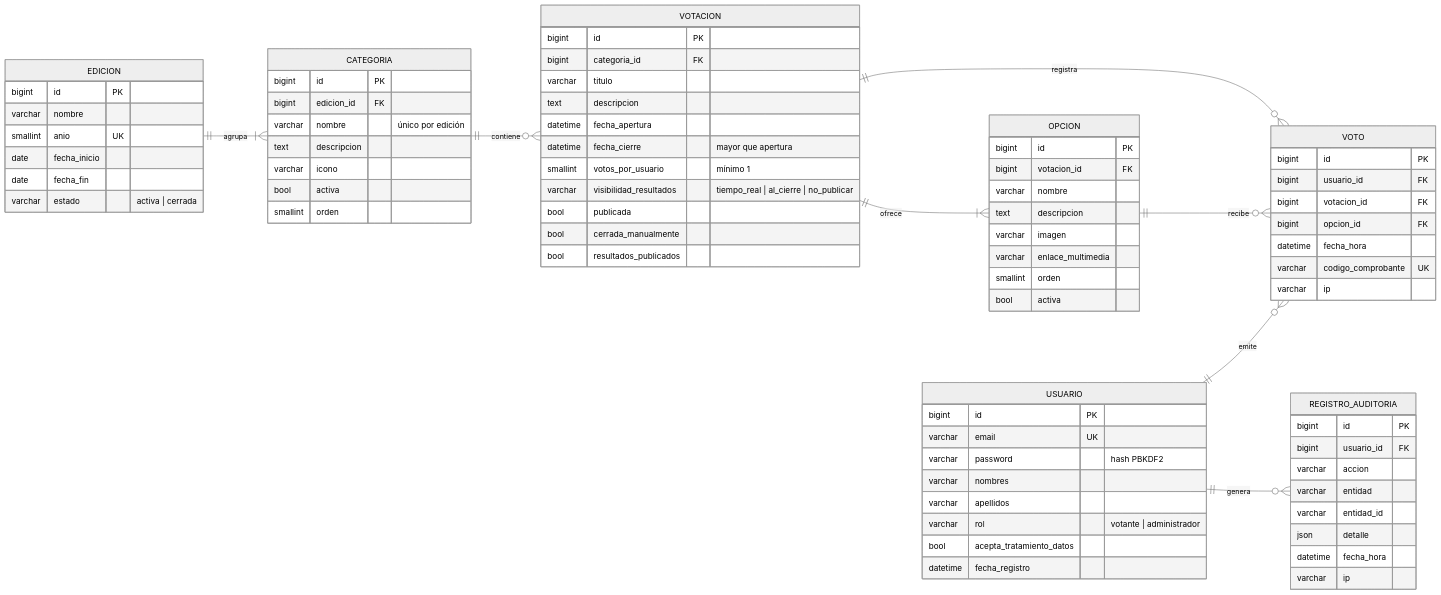
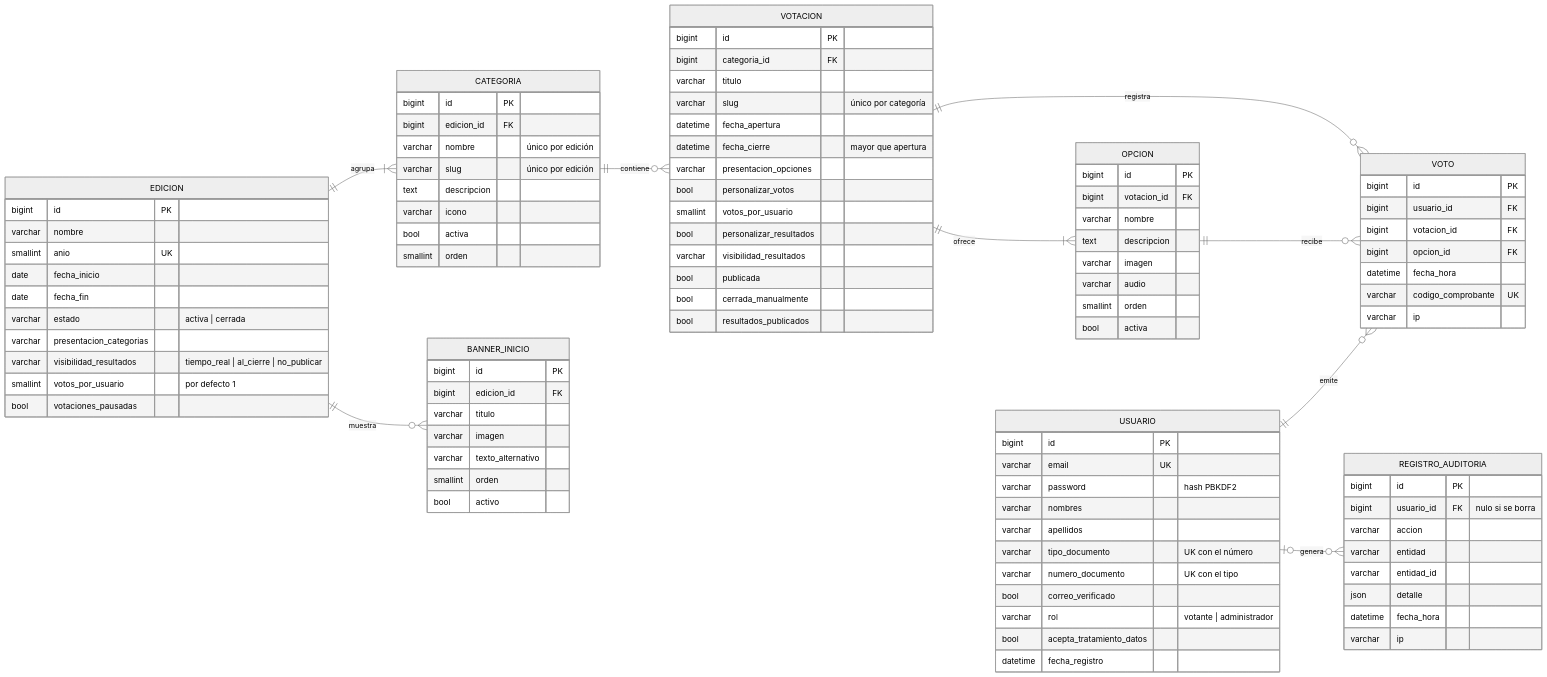
One commit to juandiegows/votaciones-festival-vallenato changed the diagram in docs/api/diagramas/01-modelo-datos.mmd. Above: the diagram before and after it, drawn with Mermaid (neutral theme). The commit also changed 4 other files, not shown here.

```diff
--- a/docs/api/diagramas/01-modelo-datos.mmd
+++ b/docs/api/diagramas/01-modelo-datos.mmd
@@ -1,78 +1,99 @@
 erDiagram
     direction LR
     EDICION ||--|{ CATEGORIA : agrupa
+    EDICION ||--o{ BANNER_INICIO : muestra
     CATEGORIA ||--o{ VOTACION : contiene
     VOTACION ||--|{ OPCION : ofrece
     VOTACION ||--o{ VOTO : registra
     OPCION ||--o{ VOTO : recibe
     USUARIO ||--o{ VOTO : emite
-    USUARIO ||--o{ REGISTRO_AUDITORIA : genera
+    USUARIO |o--o{ REGISTRO_AUDITORIA : genera
     EDICION {
         bigint id PK
         varchar nombre
         smallint anio UK
         date fecha_inicio
         date fecha_fin
         varchar estado "activa | cerrada"
+        varchar presentacion_categorias
+        varchar visibilidad_resultados "tiempo_real | al_cierre | no_publicar"
+        smallint votos_por_usuario "por defecto 1"
+        bool votaciones_pausadas
     }
     CATEGORIA {
         bigint id PK
         bigint edicion_id FK
         varchar nombre "único por edición"
+        varchar slug "único por edición"
         text descripcion
         varchar icono
         bool activa
         smallint orden
     }
     VOTACION {
         bigint id PK
         bigint categoria_id FK
         varchar titulo
-        text descripcion
+        varchar slug "único por categoría"
         datetime fecha_apertura
         datetime fecha_cierre "mayor que apertura"
-        smallint votos_por_usuario "mínimo 1"
-        varchar visibilidad_resultados "tiempo_real | al_cierre | no_publicar"
+        varchar presentacion_opciones
+        bool personalizar_votos
+        smallint votos_por_usuario
+        bool personalizar_resultados
+        varchar visibilidad_resultados
         bool publicada
         bool cerrada_manualmente
         bool resultados_publicados
     }
     OPCION {
         bigint id PK
         bigint votacion_id FK
         varchar nombre
         text descripcion
         varchar imagen
-        varchar enlace_multimedia
+        varchar audio
         smallint orden
         bool activa
     }
     USUARIO {
         bigint id PK
         varchar email UK
         varchar password "hash PBKDF2"
         varchar nombres
         varchar apellidos
+        varchar tipo_documento "UK con el número"
+        varchar numero_documento "UK con el tipo"
+        bool correo_verificado
         varchar rol "votante | administrador"
         bool acepta_tratamiento_datos
         datetime fecha_registro
     }
     VOTO {
         bigint id PK
         bigint usuario_id FK
         bigint votacion_id FK
         bigint opcion_id FK
         datetime fecha_hora
         varchar codigo_comprobante UK
         varchar ip
     }
     REGISTRO_AUDITORIA {
         bigint id PK
-        bigint usuario_id FK
+        bigint usuario_id FK "nulo si se borra"
         varchar accion
         varchar entidad
         varchar entidad_id
         json detalle
         datetime fecha_hora
         varchar ip
     }
+    BANNER_INICIO {
+        bigint id PK
+        bigint edicion_id FK
+        varchar titulo
+        varchar imagen
+        varchar texto_alternativo
+        smallint orden
+        bool activo
+    }
```
